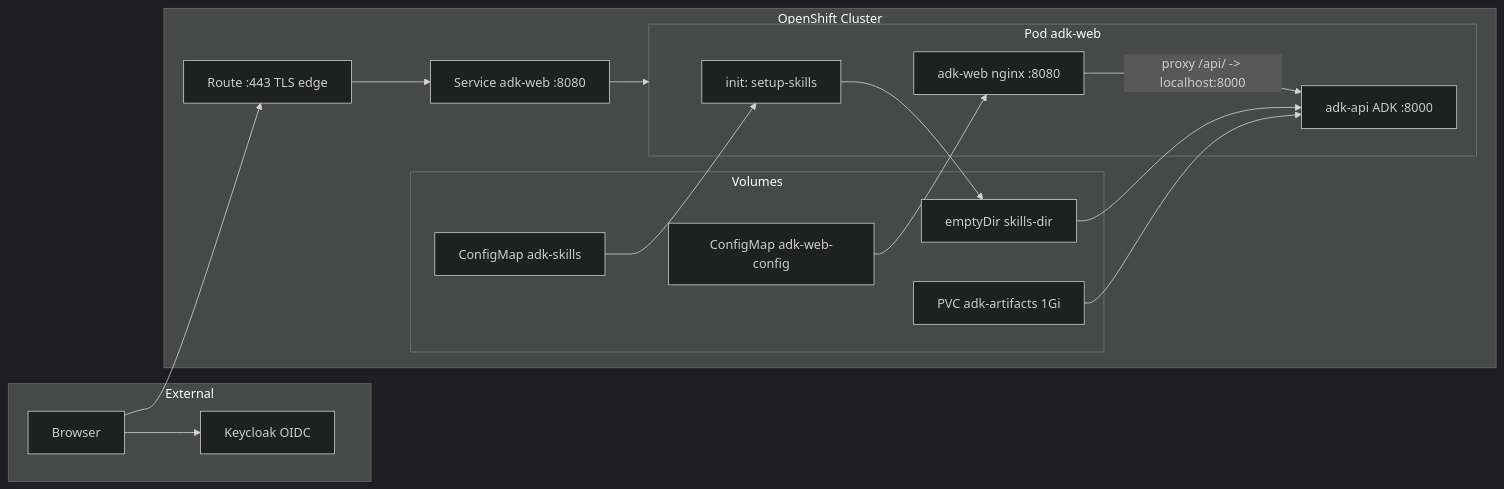
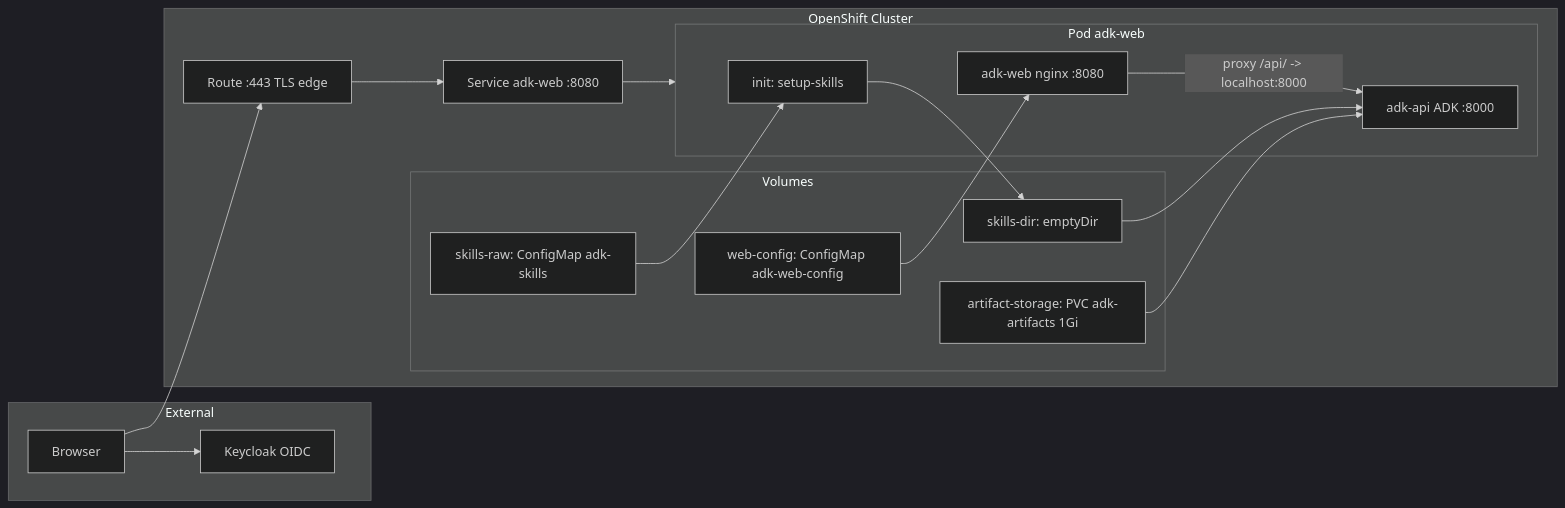
One commit to rrbanda/ocp-virt-migration-agent changed the first of 4 diagrams in docs/architecture.md. Above: the diagram before and after it, drawn with Mermaid (dark theme). The commit also changed other lines of this file, not shown here.

First line of the commit message:
fix(docs): correct volume names and token resolution in architecture.md

````diff
--- a/docs/architecture.md
+++ b/docs/architecture.md
@@ -48,35 +48,35 @@
 ```mermaid
 graph LR
     subgraph ext [External]
         Browser
         Keycloak["Keycloak OIDC"]
     end
 
     subgraph ocp [OpenShift Cluster]
         Route["Route :443 TLS edge"] --> Service["Service adk-web :8080"]
         Service --> Pod
 
         subgraph Pod [Pod adk-web]
             Init["init: setup-skills"]
             Web["adk-web nginx :8080"]
             Api["adk-api ADK :8000"]
             Web -->|"proxy /api/ -> localhost:8000"| Api
         end
 
         subgraph volumes [Volumes]
-            CM_Config["ConfigMap adk-web-config"]
-            CM_Skills["ConfigMap adk-skills"]
-            PVC["PVC adk-artifacts 1Gi"]
-            EmptyDir["emptyDir skills-dir"]
+            CM_Config["web-config: ConfigMap adk-web-config"]
+            CM_Skills["skills-raw: ConfigMap adk-skills"]
+            PVC["artifact-storage: PVC adk-artifacts 1Gi"]
+            EmptyDir["skills-dir: emptyDir"]
         end
 
         CM_Skills --> Init
         Init --> EmptyDir
         EmptyDir --> Api
         CM_Config --> Web
         PVC --> Api
     end
 
     Browser --> Route
     Browser --> Keycloak
 ```
````
